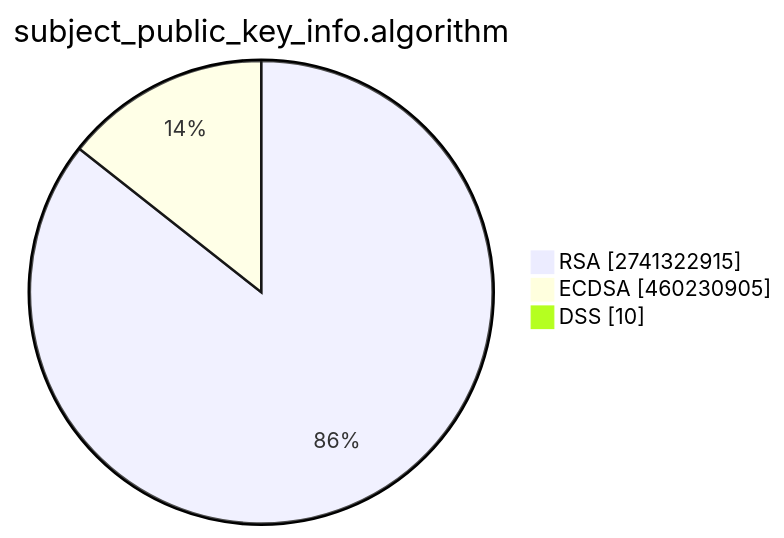
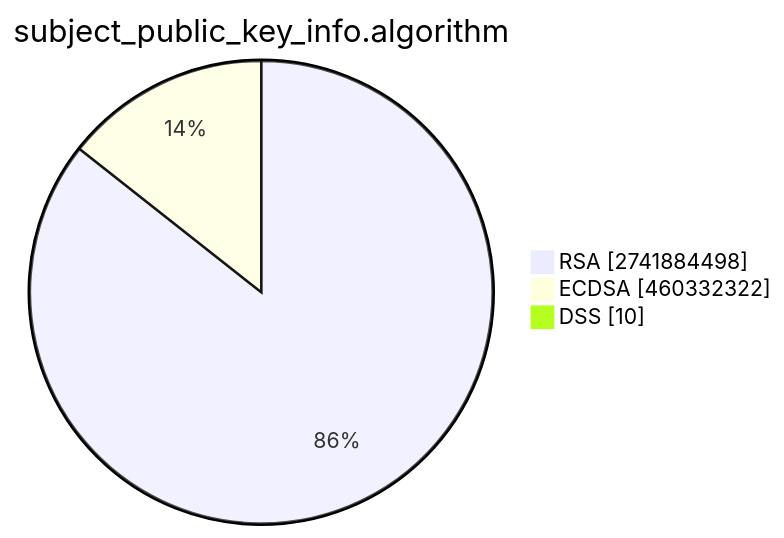
The second of 15 diagrams in TOTAL/README.md (christiankrug/ctmonitor_visualization), drawn with Mermaid before and after one commit. The commit also changed other lines of this file, not shown here.

````diff
--- a/TOTAL/README.md
+++ b/TOTAL/README.md
@@ -6,7 +6,7 @@
 ```mermaid
 pie showData
 title subject_public_key_info.algorithm
-"RSA" :2741322915
-"ECDSA" :460230905
+"RSA" :2741884498
+"ECDSA" :460332322
 "DSS" :10
 ```
````
